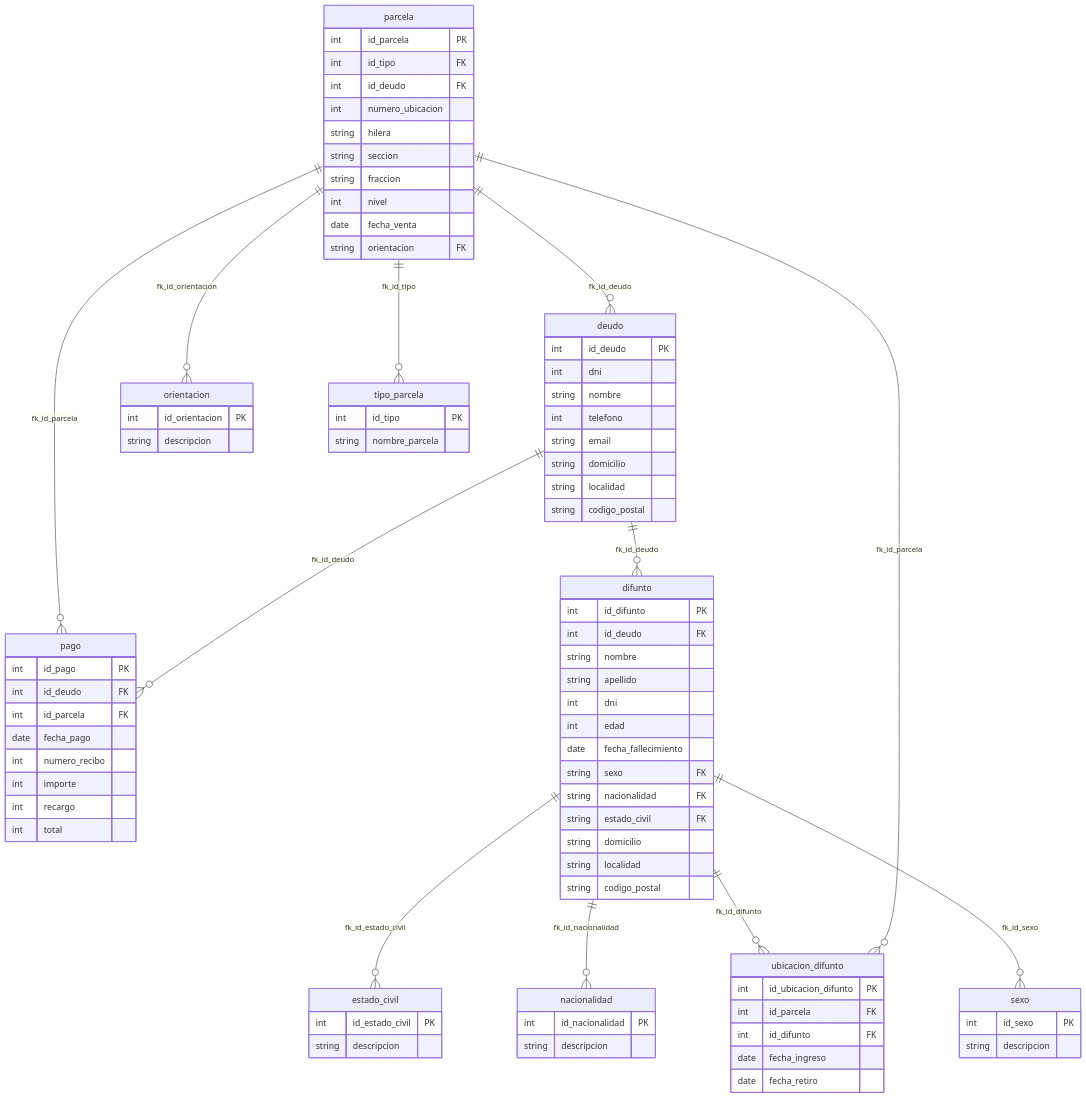
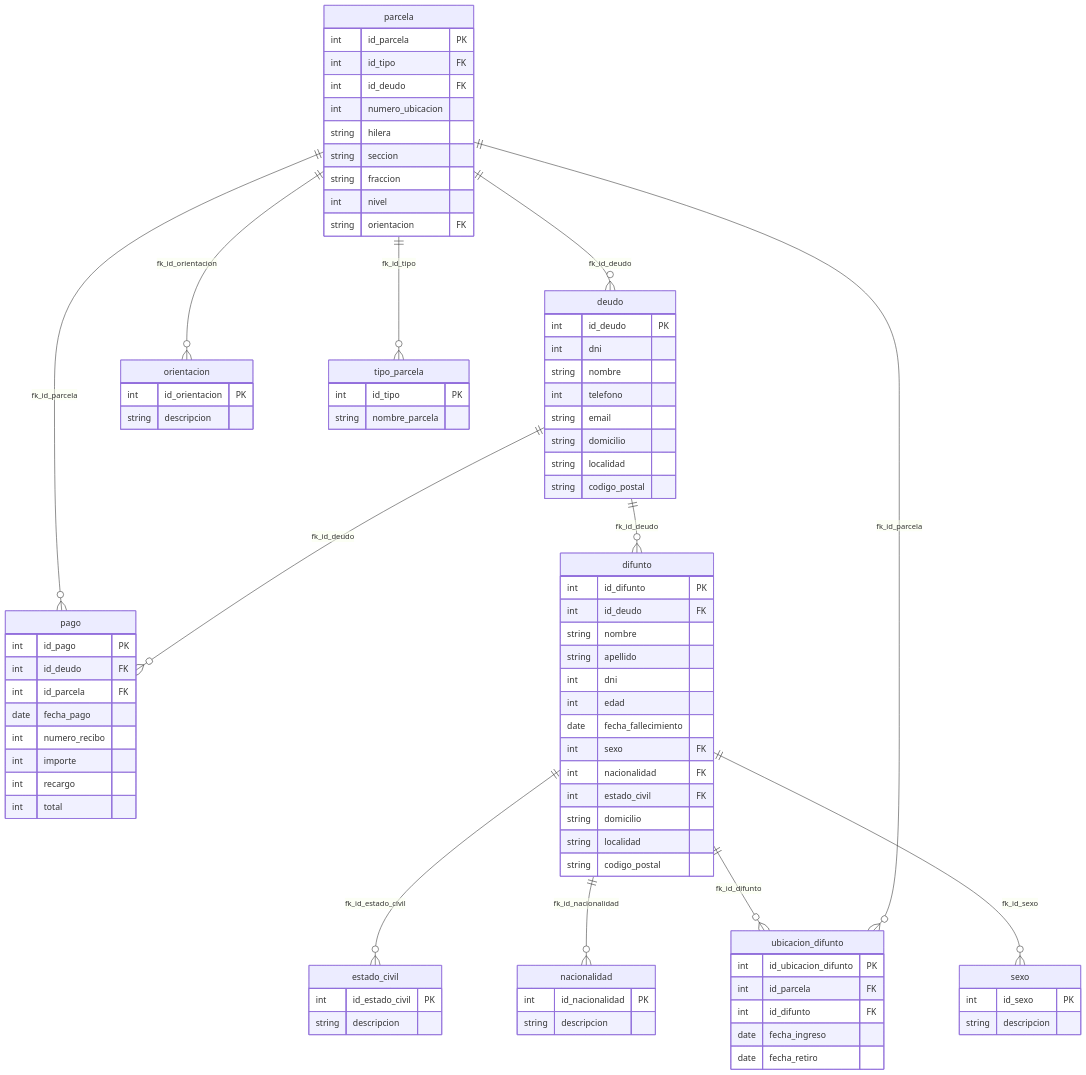
The diagram in README.md (MSCB-Sistemas/cementerio), drawn with Mermaid before and after one commit. The commit also changed other lines of this file and 1 other file, not shown here.

```diff
--- a/README.md
+++ b/README.md
@@ -54,9 +54,9 @@
         int dni
         int edad
         date fecha_fallecimiento
-        string sexo FK
-        string nacionalidad FK
-        string estado_civil FK
+        int sexo FK
+        int nacionalidad FK
+        int estado_civil FK
         string domicilio
         string localidad
         string codigo_postal
@@ -91,7 +91,6 @@
         string seccion
         string fraccion
         int nivel
-        date fecha_venta
         string orientacion FK
     }
 
```
